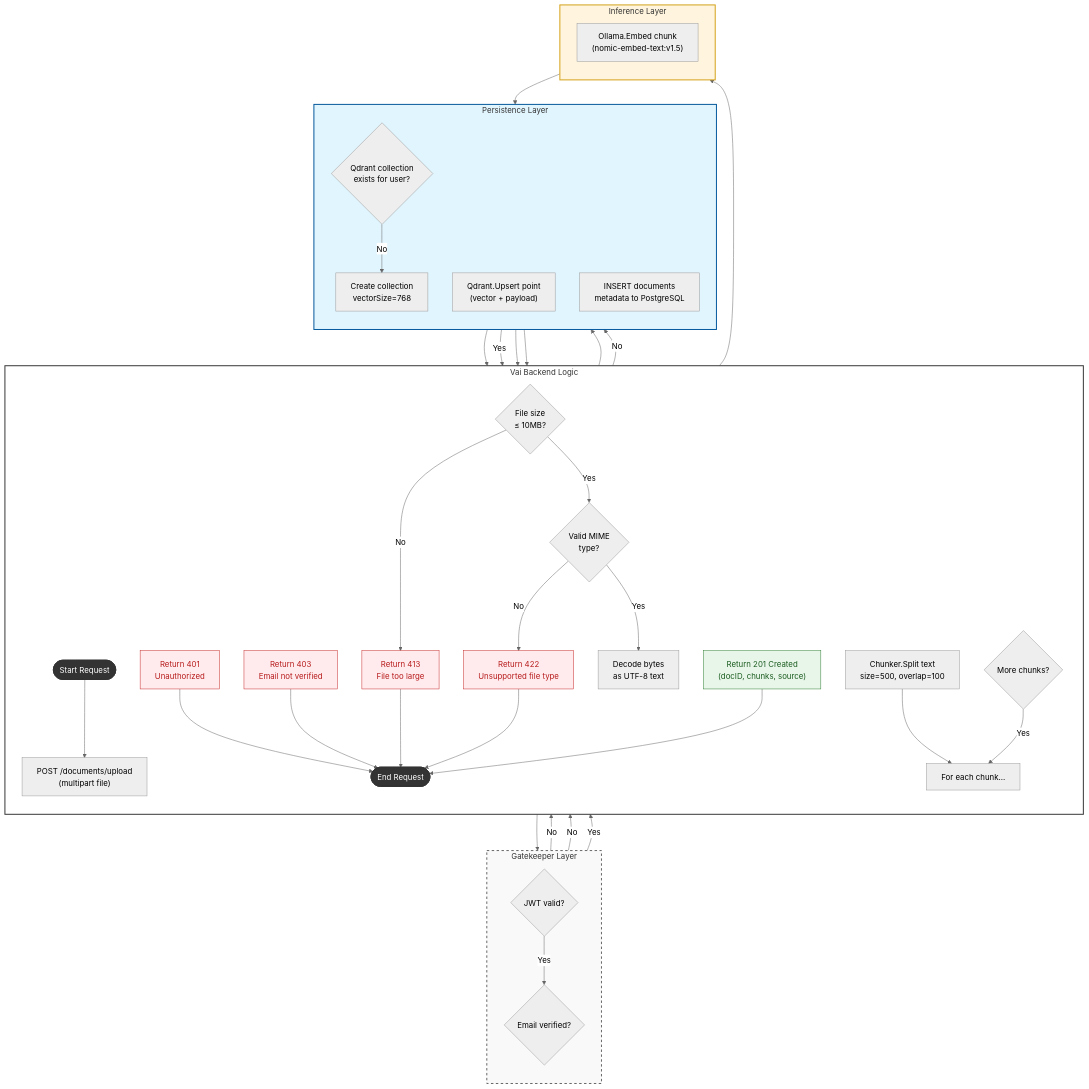
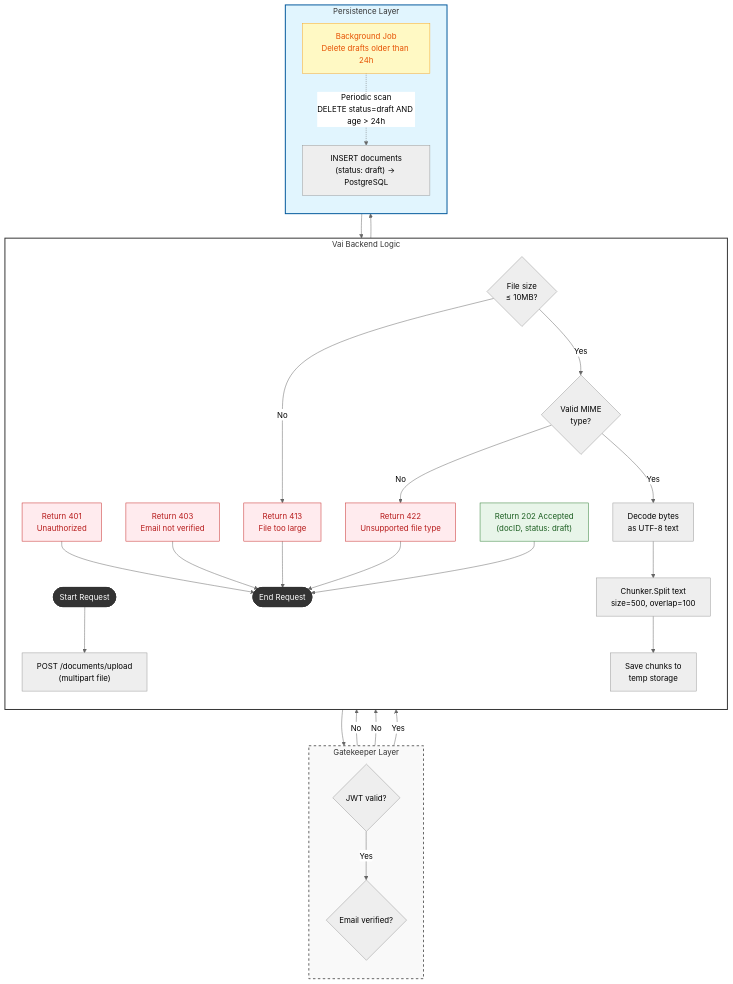
One commit to ABDELRAHMAN-ELRAYES/Vai changed the fifth of 9 diagrams in docs/diagrams/Activity_Diagrams.md. Above: the diagram before and after it, drawn with Mermaid (neutral theme). The commit also changed 32 other files, not shown here.

Commit message:
Feat: Created documents model + connected the uploaded files to the authenticated user

````diff
--- a/docs/diagrams/Activity_Diagrams.md
+++ b/docs/diagrams/Activity_Diagrams.md
@@ -142,96 +142,75 @@
         direction TB
         Start([Start Request])
         A["POST /documents/upload<br>(multipart file)"]
-        
+
         %% Validations
         F{"File size<br>≤ 10MB?"}
         H{"Valid MIME<br>type?"}
         J["Decode bytes<br>as UTF-8 text"]
-        
-        %% Processing Loop
+
+        %% Processing
         M["Chunker.Split text<br>size=500, overlap=100"]
-        N["For each chunk..."]
-        Q{"More chunks?"}
-        
+        SAVE["Save chunks to<br>temp storage"]
+
         %% Returns
         C["Return 401<br>Unauthorized"]
         E["Return 403<br>Email not verified"]
         G["Return 413<br>File too large"]
         I["Return 422<br>Unsupported file type"]
-        S["Return 201 Created<br>(docID, chunks, source)"]
-        
+        S["Return 202 Accepted<br>(docID, status: draft)"]
+
         End([End Request])
     end
 
     subgraph Data [Persistence Layer]
         direction TB
-        K{"Qdrant collection<br>exists for user?"}
-        L["Create collection<br>vectorSize=768"]
-        P["Qdrant.Upsert point<br>(vector + payload)"]
-        R["INSERT documents<br>metadata to PostgreSQL"]
-    end
-
-    subgraph AI [Inference Layer]
-        direction TB
-        O["Ollama.Embed chunk<br>(nomic-embed-text:v1.5)"]
+        R["INSERT documents<br>(status: draft) → PostgreSQL"]
+        CLEANUP["Background Job<br>Delete drafts older than 24h"]
     end
 
     %% --- CONTROL FLOW ---
-    
+
     Start --> A
     A --> B
-    
-    %% Auth Check
+
     B -->|No| C
     C --> End
     B -->|Yes| D
-    
-    %% Email Check
+
     D -->|No| E
     E --> End
     D -->|Yes| F
-    
-    %% Size Check
+
     F -->|No| G
     G --> End
     F -->|Yes| H
-    
-    %% MIME Check
+
     H -->|No| I
     I --> End
     H -->|Yes| J
-    
-    %% Qdrant Init
-    J --> K
-    K -->|No| L
-    L --> M
-    K -->|Yes| M
-    
-    %% Chunking & Embedding Loop
-    M --> N
-    N --> O
-    O --> P
-    P --> Q
-    Q -->|Yes| N
-    
-    %% Final DB Insert
-    Q -->|No| R
+
+    J --> M
+    M --> SAVE
+    SAVE --> R
     R --> S
     S --> End
+
+    CLEANUP -.->|"Periodic scan<br>DELETE status=draft AND age > 24h"| R
 
     %% --- STYLING ---
     style Middleware fill:#f9f9f9,stroke:#666,stroke-width:2px,stroke-dasharray: 5 5
     style App fill:#ffffff,stroke:#333,stroke-width:2px
     style Data fill:#e1f5fe,stroke:#01579b,stroke-width:2px
-    style AI fill:#fff4dd,stroke:#d4a017,stroke-width:2px
 
-    %% Node-specific semantic styling
     classDef terminal fill:#333,stroke:#333,stroke-width:2px,color:#fff
     class Start,End terminal
-    
+
     classDef error fill:#ffebee,stroke:#c62828,stroke-width:1px,color:#b71c1c
     class C,E,G,I error
-    
+
     classDef success fill:#e8f5e9,stroke:#2e7d32,stroke-width:1px,color:#1b5e20
     class S success
+
+    classDef cleanup fill:#fff9c4,stroke:#f9a825,stroke-width:1px,color:#e65100
+    class CLEANUP cleanup
 ```
````
